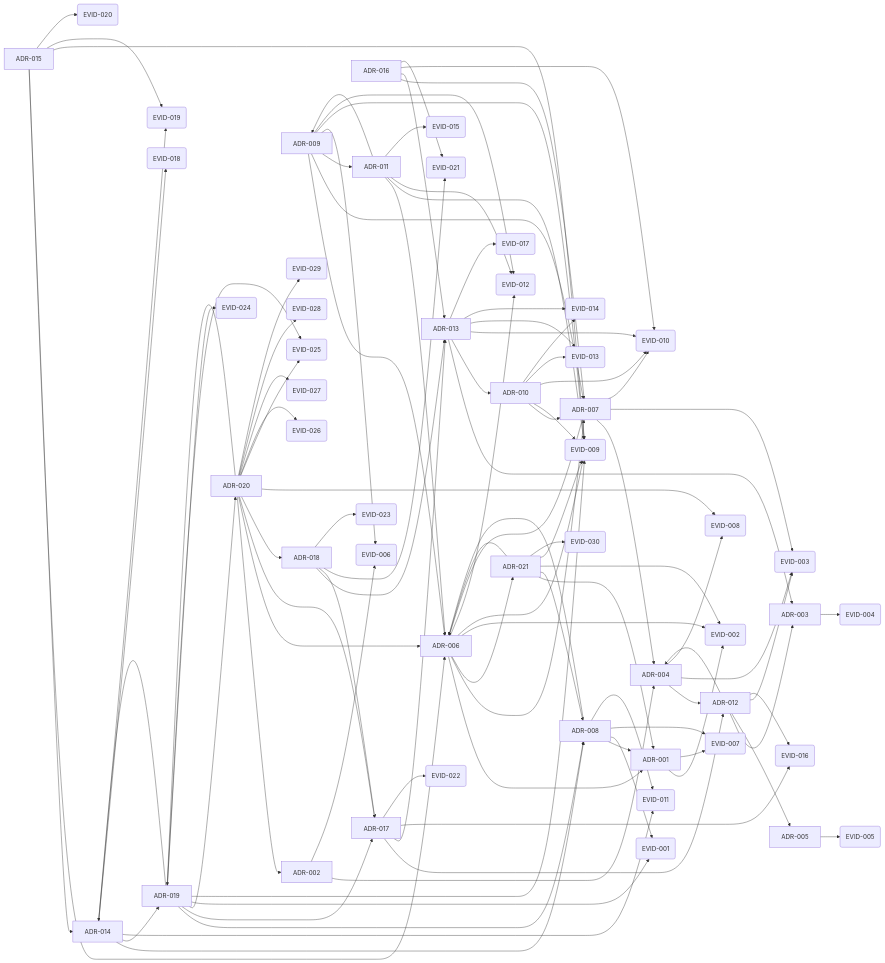
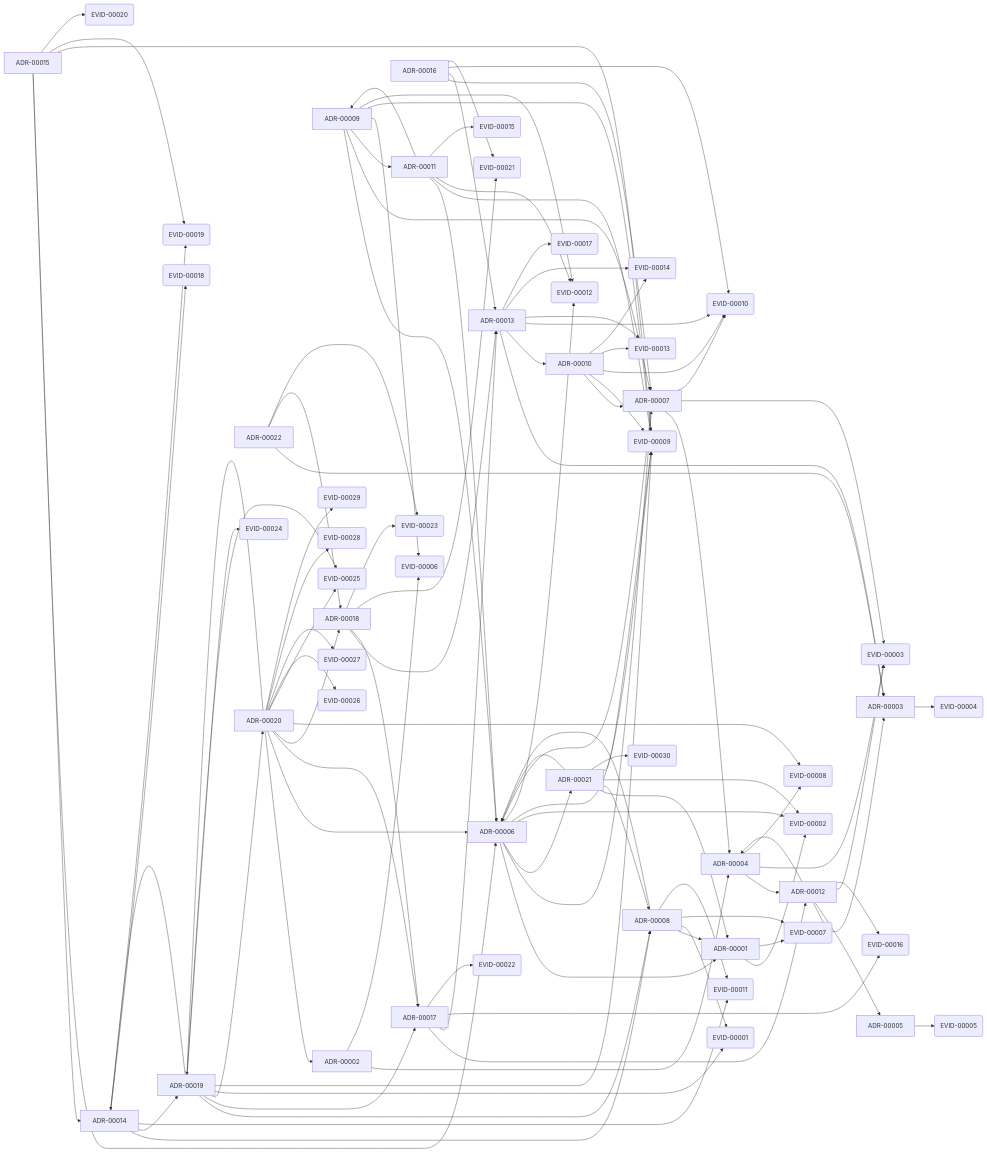
Before and after one commit to TeramachiShunsuke/aidd: the diagram in GRAPH.md, drawn with Mermaid. The commit also changed other lines of this file and 182 other files, not shown here.

````diff
--- a/GRAPH.md
+++ b/GRAPH.md
@@ -35,152 +35,156 @@
 ```mermaid
 graph LR
-  ADR_001[ADR-001]
-  ADR_002[ADR-002]
-  ADR_003[ADR-003]
-  ADR_004[ADR-004]
-  ADR_005[ADR-005]
-  ADR_006[ADR-006]
-  ADR_007[ADR-007]
-  ADR_008[ADR-008]
-  ADR_009[ADR-009]
-  ADR_010[ADR-010]
-  ADR_011[ADR-011]
-  ADR_012[ADR-012]
-  ADR_013[ADR-013]
-  ADR_014[ADR-014]
-  ADR_015[ADR-015]
-  ADR_016[ADR-016]
-  ADR_017[ADR-017]
-  ADR_018[ADR-018]
-  ADR_019[ADR-019]
-  ADR_020[ADR-020]
-  ADR_021[ADR-021]
-  EVID_001(EVID-001)
-  EVID_002(EVID-002)
-  EVID_003(EVID-003)
-  EVID_004(EVID-004)
-  EVID_005(EVID-005)
-  EVID_006(EVID-006)
-  EVID_007(EVID-007)
-  EVID_008(EVID-008)
-  EVID_009(EVID-009)
-  EVID_010(EVID-010)
-  EVID_011(EVID-011)
-  EVID_012(EVID-012)
-  EVID_013(EVID-013)
-  EVID_014(EVID-014)
-  EVID_015(EVID-015)
-  EVID_016(EVID-016)
-  EVID_017(EVID-017)
-  EVID_018(EVID-018)
-  EVID_019(EVID-019)
-  EVID_020(EVID-020)
-  EVID_021(EVID-021)
-  EVID_022(EVID-022)
-  EVID_023(EVID-023)
-  EVID_024(EVID-024)
-  EVID_025(EVID-025)
-  EVID_026(EVID-026)
-  EVID_027(EVID-027)
-  EVID_028(EVID-028)
-  EVID_029(EVID-029)
-  EVID_030(EVID-030)
-  ADR_001 --> EVID_002
-  ADR_001 --> EVID_007
-  ADR_002 --> ADR_004
-  ADR_002 --> EVID_006
-  ADR_003 --> EVID_004
-  ADR_004 --> ADR_012
-  ADR_004 --> EVID_003
-  ADR_004 --> EVID_008
-  ADR_005 --> EVID_005
-  ADR_006 --> ADR_001
-  ADR_006 --> ADR_007
-  ADR_006 --> ADR_021
-  ADR_006 --> EVID_002
-  ADR_006 --> EVID_009
-  ADR_006 --> EVID_012
-  ADR_007 --> ADR_004
-  ADR_007 --> ADR_006
-  ADR_007 --> EVID_003
-  ADR_007 --> EVID_010
-  ADR_008 --> ADR_001
-  ADR_008 --> ADR_006
-  ADR_008 --> EVID_001
-  ADR_008 --> EVID_007
-  ADR_008 --> EVID_011
-  ADR_009 --> ADR_006
-  ADR_009 --> ADR_007
-  ADR_009 --> ADR_011
-  ADR_009 --> EVID_006
-  ADR_009 --> EVID_009
-  ADR_009 --> EVID_012
-  ADR_010 --> ADR_007
-  ADR_010 --> EVID_009
-  ADR_010 --> EVID_010
-  ADR_010 --> EVID_013
-  ADR_010 --> EVID_014
-  ADR_011 --> ADR_006
-  ADR_011 --> ADR_009
-  ADR_011 --> EVID_009
-  ADR_011 --> EVID_012
-  ADR_011 --> EVID_015
-  ADR_012 --> ADR_003
-  ADR_012 --> ADR_004
-  ADR_012 --> ADR_005
-  ADR_012 --> EVID_003
-  ADR_012 --> EVID_016
-  ADR_013 --> ADR_003
-  ADR_013 --> ADR_010
-  ADR_013 --> EVID_010
-  ADR_013 --> EVID_013
-  ADR_013 --> EVID_014
-  ADR_013 --> EVID_017
-  ADR_014 --> ADR_008
-  ADR_014 --> ADR_019
-  ADR_014 --> EVID_011
-  ADR_014 --> EVID_018
-  ADR_014 --> EVID_019
-  ADR_015 --> ADR_006
-  ADR_015 --> ADR_014
-  ADR_015 --> EVID_009
-  ADR_015 --> EVID_019
-  ADR_015 --> EVID_020
-  ADR_016 --> ADR_007
-  ADR_016 --> ADR_013
-  ADR_016 --> EVID_010
-  ADR_016 --> EVID_021
-  ADR_017 --> ADR_012
-  ADR_017 --> ADR_013
-  ADR_017 --> EVID_016
-  ADR_017 --> EVID_022
-  ADR_018 --> ADR_013
-  ADR_018 --> ADR_017
-  ADR_018 --> EVID_021
-  ADR_018 --> EVID_023
-  ADR_019 --> ADR_008
-  ADR_019 --> ADR_014
-  ADR_019 --> ADR_017
-  ADR_019 --> ADR_020
-  ADR_019 --> EVID_001
-  ADR_019 --> EVID_009
-  ADR_019 --> EVID_024
-  ADR_019 --> EVID_025
-  ADR_020 --> ADR_002
-  ADR_020 --> ADR_006
-  ADR_020 --> ADR_017
-  ADR_020 --> ADR_018
-  ADR_020 --> ADR_019
-  ADR_020 --> EVID_008
-  ADR_020 --> EVID_025
-  ADR_020 --> EVID_026
-  ADR_020 --> EVID_027
-  ADR_020 --> EVID_028
-  ADR_020 --> EVID_029
-  ADR_021 --> ADR_001
-  ADR_021 --> ADR_006
-  ADR_021 --> ADR_008
-  ADR_021 --> EVID_002
-  ADR_021 --> EVID_009
-  ADR_021 --> EVID_030
+  ADR_00001[ADR-00001]
+  ADR_00002[ADR-00002]
+  ADR_00003[ADR-00003]
+  ADR_00004[ADR-00004]
+  ADR_00005[ADR-00005]
+  ADR_00006[ADR-00006]
+  ADR_00007[ADR-00007]
+  ADR_00008[ADR-00008]
+  ADR_00009[ADR-00009]
+  ADR_00010[ADR-00010]
+  ADR_00011[ADR-00011]
+  ADR_00012[ADR-00012]
+  ADR_00013[ADR-00013]
+  ADR_00014[ADR-00014]
+  ADR_00015[ADR-00015]
+  ADR_00016[ADR-00016]
+  ADR_00017[ADR-00017]
+  ADR_00018[ADR-00018]
+  ADR_00019[ADR-00019]
+  ADR_00020[ADR-00020]
+  ADR_00021[ADR-00021]
+  ADR_00022[ADR-00022]
+  EVID_00001(EVID-00001)
+  EVID_00002(EVID-00002)
+  EVID_00003(EVID-00003)
+  EVID_00004(EVID-00004)
+  EVID_00005(EVID-00005)
+  EVID_00006(EVID-00006)
+  EVID_00007(EVID-00007)
+  EVID_00008(EVID-00008)
+  EVID_00009(EVID-00009)
+  EVID_00010(EVID-00010)
+  EVID_00011(EVID-00011)
+  EVID_00012(EVID-00012)
+  EVID_00013(EVID-00013)
+  EVID_00014(EVID-00014)
+  EVID_00015(EVID-00015)
+  EVID_00016(EVID-00016)
+  EVID_00017(EVID-00017)
+  EVID_00018(EVID-00018)
+  EVID_00019(EVID-00019)
+  EVID_00020(EVID-00020)
+  EVID_00021(EVID-00021)
+  EVID_00022(EVID-00022)
+  EVID_00023(EVID-00023)
+  EVID_00024(EVID-00024)
+  EVID_00025(EVID-00025)
+  EVID_00026(EVID-00026)
+  EVID_00027(EVID-00027)
+  EVID_00028(EVID-00028)
+  EVID_00029(EVID-00029)
+  EVID_00030(EVID-00030)
+  ADR_00001 --> EVID_00002
+  ADR_00001 --> EVID_00007
+  ADR_00002 --> ADR_00004
+  ADR_00002 --> EVID_00006
+  ADR_00003 --> EVID_00004
+  ADR_00004 --> ADR_00012
+  ADR_00004 --> EVID_00003
+  ADR_00004 --> EVID_00008
+  ADR_00005 --> EVID_00005
+  ADR_00006 --> ADR_00001
+  ADR_00006 --> ADR_00007
+  ADR_00006 --> ADR_00021
+  ADR_00006 --> EVID_00002
+  ADR_00006 --> EVID_00009
+  ADR_00006 --> EVID_00012
+  ADR_00007 --> ADR_00004
+  ADR_00007 --> ADR_00006
+  ADR_00007 --> EVID_00003
+  ADR_00007 --> EVID_00010
+  ADR_00008 --> ADR_00001
+  ADR_00008 --> ADR_00006
+  ADR_00008 --> EVID_00001
+  ADR_00008 --> EVID_00007
+  ADR_00008 --> EVID_00011
+  ADR_00009 --> ADR_00006
+  ADR_00009 --> ADR_00007
+  ADR_00009 --> ADR_00011
+  ADR_00009 --> EVID_00006
+  ADR_00009 --> EVID_00009
+  ADR_00009 --> EVID_00012
+  ADR_00010 --> ADR_00007
+  ADR_00010 --> EVID_00009
+  ADR_00010 --> EVID_00010
+  ADR_00010 --> EVID_00013
+  ADR_00010 --> EVID_00014
+  ADR_00011 --> ADR_00006
+  ADR_00011 --> ADR_00009
+  ADR_00011 --> EVID_00009
+  ADR_00011 --> EVID_00012
+  ADR_00011 --> EVID_00015
+  ADR_00012 --> ADR_00003
+  ADR_00012 --> ADR_00004
+  ADR_00012 --> ADR_00005
+  ADR_00012 --> EVID_00003
+  ADR_00012 --> EVID_00016
+  ADR_00013 --> ADR_00003
+  ADR_00013 --> ADR_00010
+  ADR_00013 --> EVID_00010
+  ADR_00013 --> EVID_00013
+  ADR_00013 --> EVID_00014
+  ADR_00013 --> EVID_00017
+  ADR_00014 --> ADR_00008
+  ADR_00014 --> ADR_00019
+  ADR_00014 --> EVID_00011
+  ADR_00014 --> EVID_00018
+  ADR_00014 --> EVID_00019
+  ADR_00015 --> ADR_00006
+  ADR_00015 --> ADR_00014
+  ADR_00015 --> EVID_00009
+  ADR_00015 --> EVID_00019
+  ADR_00015 --> EVID_00020
+  ADR_00016 --> ADR_00007
+  ADR_00016 --> ADR_00013
+  ADR_00016 --> EVID_00010
+  ADR_00016 --> EVID_00021
+  ADR_00017 --> ADR_00012
+  ADR_00017 --> ADR_00013
+  ADR_00017 --> EVID_00016
+  ADR_00017 --> EVID_00022
+  ADR_00018 --> ADR_00013
+  ADR_00018 --> ADR_00017
+  ADR_00018 --> EVID_00021
+  ADR_00018 --> EVID_00023
+  ADR_00019 --> ADR_00008
+  ADR_00019 --> ADR_00014
+  ADR_00019 --> ADR_00017
+  ADR_00019 --> ADR_00020
+  ADR_00019 --> EVID_00001
+  ADR_00019 --> EVID_00009
+  ADR_00019 --> EVID_00024
+  ADR_00019 --> EVID_00025
+  ADR_00020 --> ADR_00002
+  ADR_00020 --> ADR_00006
+  ADR_00020 --> ADR_00017
+  ADR_00020 --> ADR_00018
+  ADR_00020 --> ADR_00019
+  ADR_00020 --> EVID_00008
+  ADR_00020 --> EVID_00025
+  ADR_00020 --> EVID_00026
+  ADR_00020 --> EVID_00027
+  ADR_00020 --> EVID_00028
+  ADR_00020 --> EVID_00029
+  ADR_00021 --> ADR_00001
+  ADR_00021 --> ADR_00006
+  ADR_00021 --> ADR_00008
+  ADR_00021 --> EVID_00002
+  ADR_00021 --> EVID_00009
+  ADR_00021 --> EVID_00030
+  ADR_00022 --> ADR_00003
+  ADR_00022 --> ADR_00018
+  ADR_00022 --> EVID_00023
 ```
````
